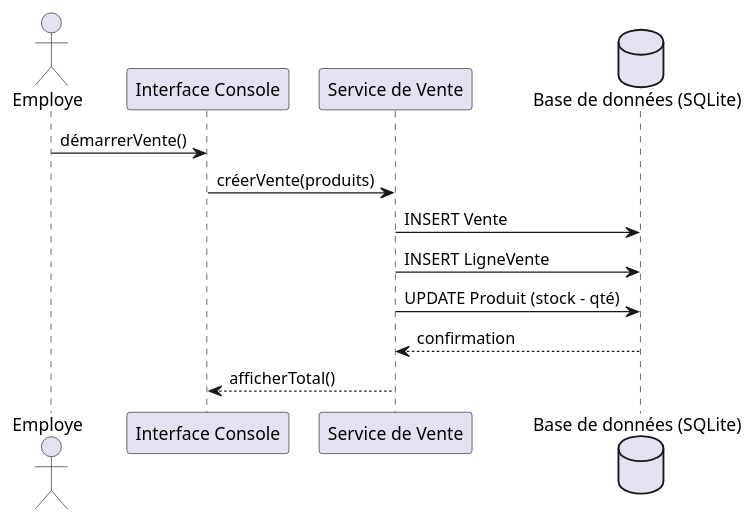
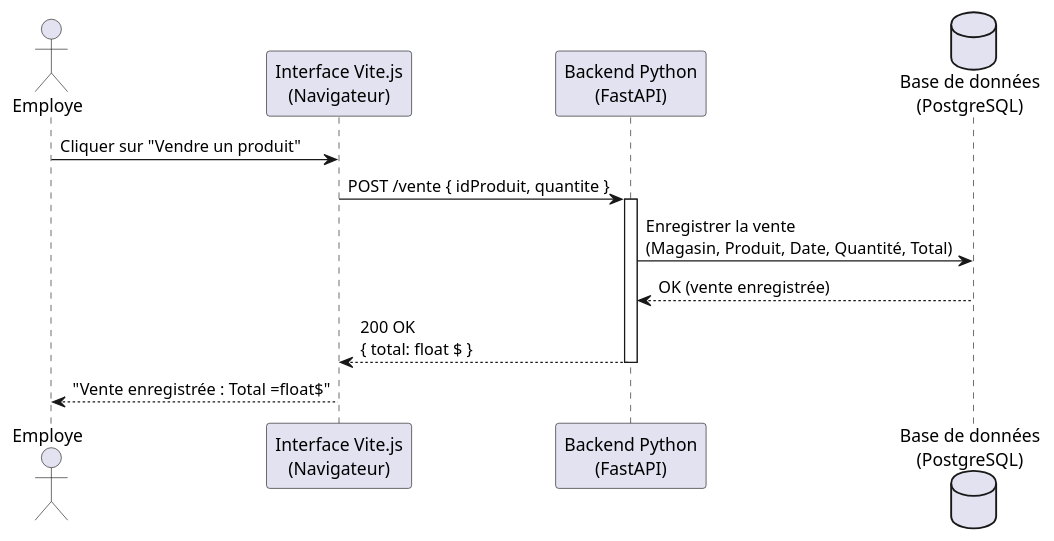
Before and after one commit to eusebe13/labo2_Log430: the diagram in backend/docs/uml/code/diagrammee-de-sequence.puml, drawn with PlantUML. The commit also changed 4 other files, not shown here.

Commit message:
update diagramme

```diff
--- a/backend/docs/uml/code/diagrammee-de-sequence.puml
+++ b/backend/docs/uml/code/diagrammee-de-sequence.puml
@@ -1,16 +1,18 @@
-@startuml sequence-enregistrer-vente
+@startuml sequence-vendre-produit
 
 actor Employe
-participant "Interface Console" as UI
-participant "Service de Vente" as Service
-database "Base de données (SQLite)" as DB
+participant "Interface Vite.js\n(Navigateur)" as Vite
+participant "Backend Python\n(FastAPI)" as Backend
+database "Base de données\n(PostgreSQL)" as DB
 
-Employe -> UI : démarrerVente()
-UI -> Service : créerVente(produits)
-Service -> DB : INSERT Vente
-Service -> DB : INSERT LigneVente
-Service -> DB : UPDATE Produit (stock - qté)
-DB --> Service : confirmation
-Service --> UI : afficherTotal()
+Employe -> Vite : Cliquer sur "Vendre un produit"
+Vite -> Backend : POST /vente { idProduit, quantite }
+
+activate Backend
+Backend -> DB : Enregistrer la vente\n(Magasin, Produit, Date, Quantité, Total)
+DB --> Backend : OK (vente enregistrée)
+Backend --> Vite : 200 OK\n{ total: float $ }
+deactivate Backend
+Vite --> Employe : "Vente enregistrée : Total =float$"
 
 @enduml
```
